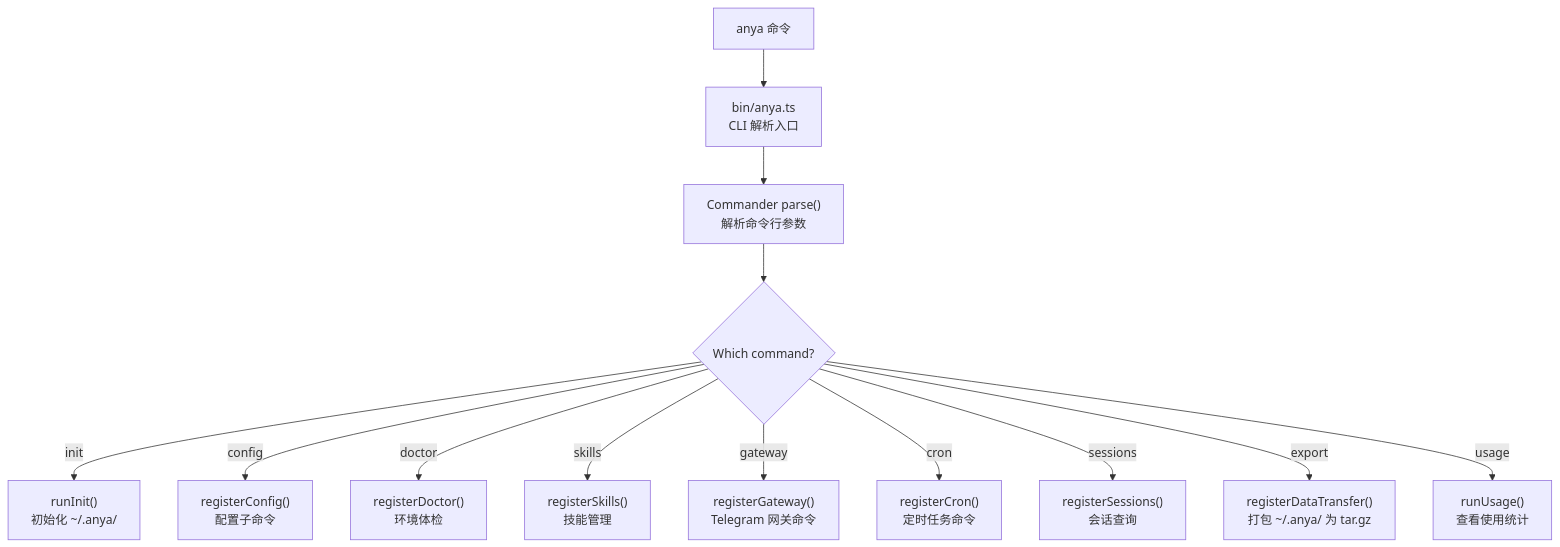
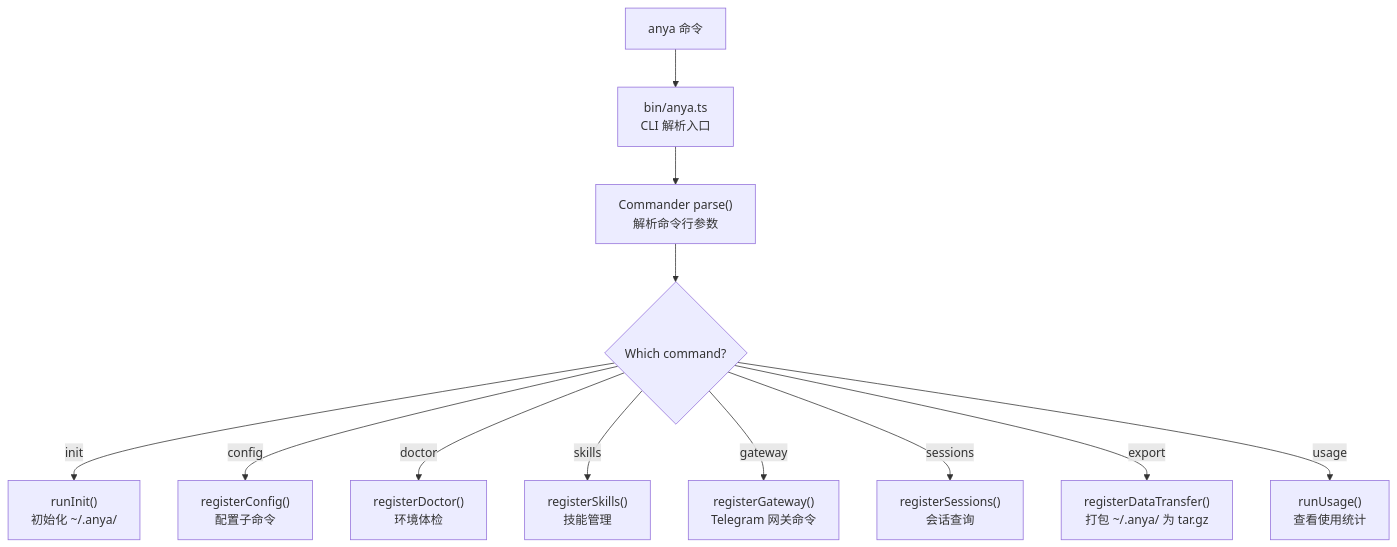
One commit to boltguo/anya changed the third of 12 diagrams in docs/architecture-diagrams.md. Above: the diagram before and after it, drawn with Mermaid. The commit also changed other lines of this file and 40 other files, not shown here.

````diff
--- a/docs/architecture-diagrams.md
+++ b/docs/architecture-diagrams.md
@@ -127,16 +118,15 @@
 ```mermaid
 flowchart TD
   START["anya 命令"] --> BIN["bin/anya.ts\nCLI 解析入口"]
   BIN --> PARSE["Commander parse()\n解析命令行参数"]
   PARSE --> CMD{"Which command?"}
 
   CMD -->|init| INIT["runInit()\n初始化 ~/.anya/"]
   CMD -->|config| CONFIG["registerConfig()\n配置子命令"]
   CMD -->|doctor| DOCTOR["registerDoctor()\n环境体检"]
   CMD -->|skills| SKILLS["registerSkills()\n技能管理"]
   CMD -->|gateway| GATEWAY["registerGateway()\nTelegram 网关命令"]
-  CMD -->|cron| CRON["registerCron()\n定时任务命令"]
   CMD -->|sessions| SESSIONS["registerSessions()\n会话查询"]
   CMD -->|export| EXPORT["registerDataTransfer()\n打包 ~/.anya/ 为 tar.gz"]
   CMD -->|usage| USAGE["runUsage()\n查看使用统计"]
 ```
````
